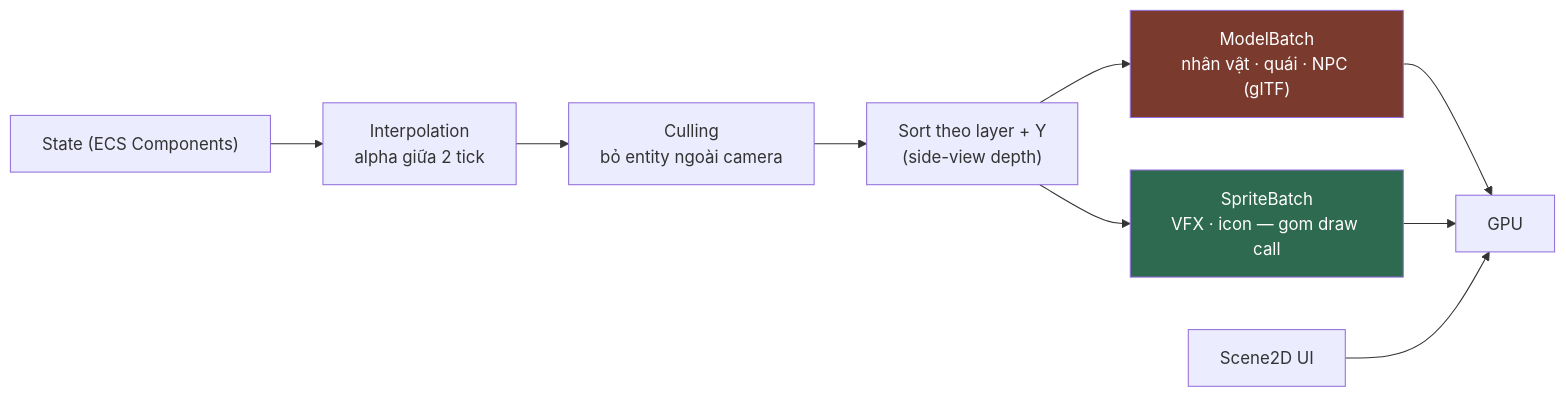
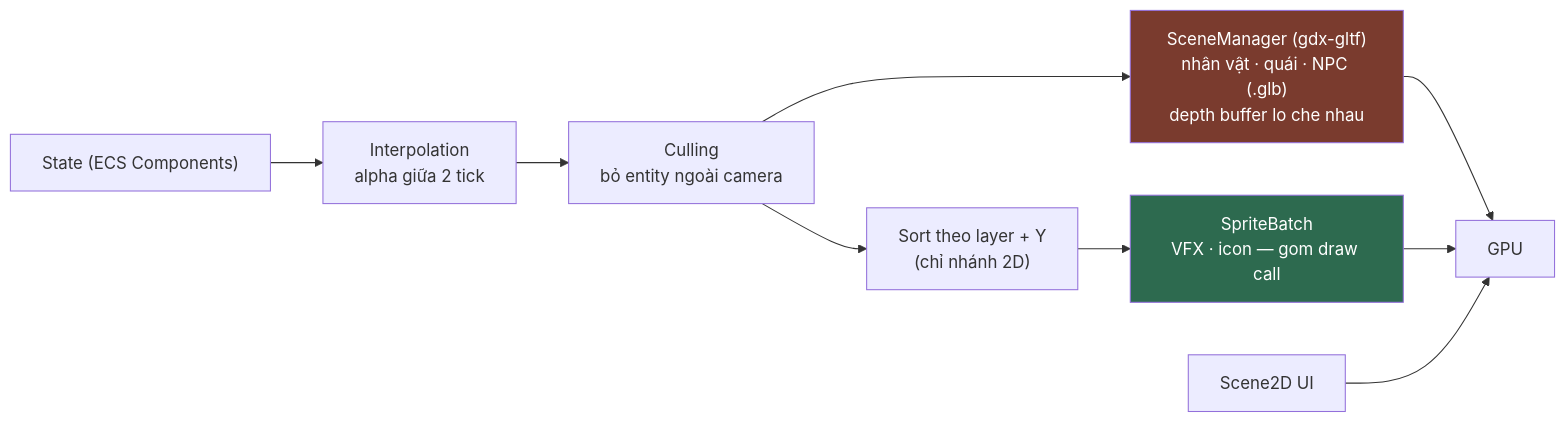
The diagram in docs/03-engine/RENDERING.md (ta-min-hieu/shinobi-engine), drawn with Mermaid before and after one commit. The commit also changed other lines of this file, not shown here.

````diff
--- a/docs/03-engine/RENDERING.md
+++ b/docs/03-engine/RENDERING.md
@@ -37,15 +55,15 @@
 ```mermaid
 graph LR
     S["State (ECS Components)"] --> I["Interpolation<br/>alpha giữa 2 tick"]
     I --> C["Culling<br/>bỏ entity ngoài camera"]
-    C --> Z["Sort theo layer + Y<br/>(side-view depth)"]
-    Z --> M["ModelBatch<br/>nhân vật · quái · NPC (glTF)"]
+    C --> Z["Sort theo layer + Y<br/>(chỉ nhánh 2D)"]
+    C --> M["SceneManager (gdx-gltf)<br/>nhân vật · quái · NPC (.glb)<br/>depth buffer lo che nhau"]
     Z --> B["SpriteBatch<br/>VFX · icon — gom draw call"]
     M --> G["GPU"]
     B --> G["GPU"]
 
     U["Scene2D UI"] --> G
 
     style B fill:#2d6a4f,color:#fff
     style M fill:#7a3b2e,color:#fff
 ```
````
